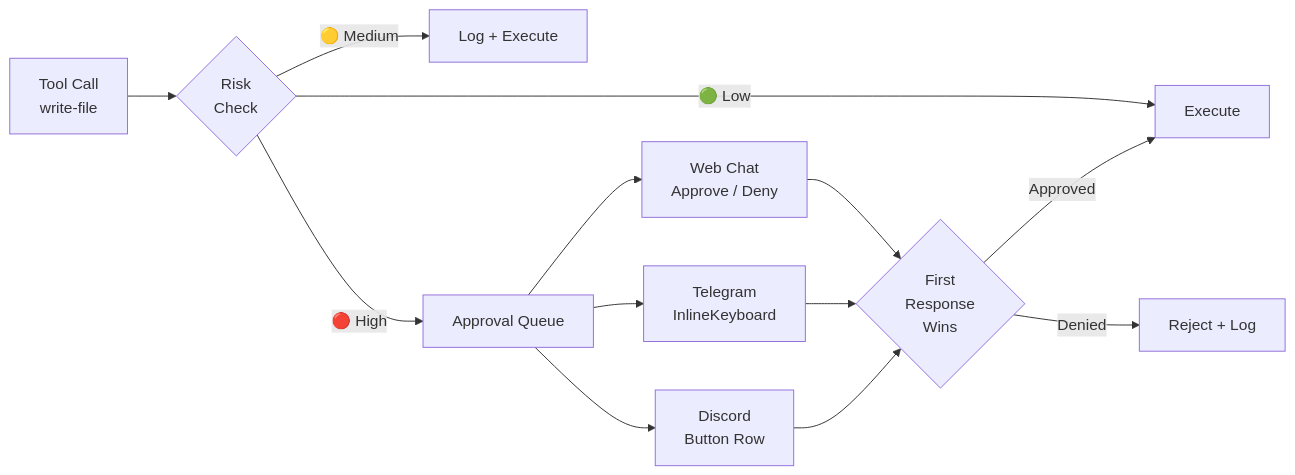
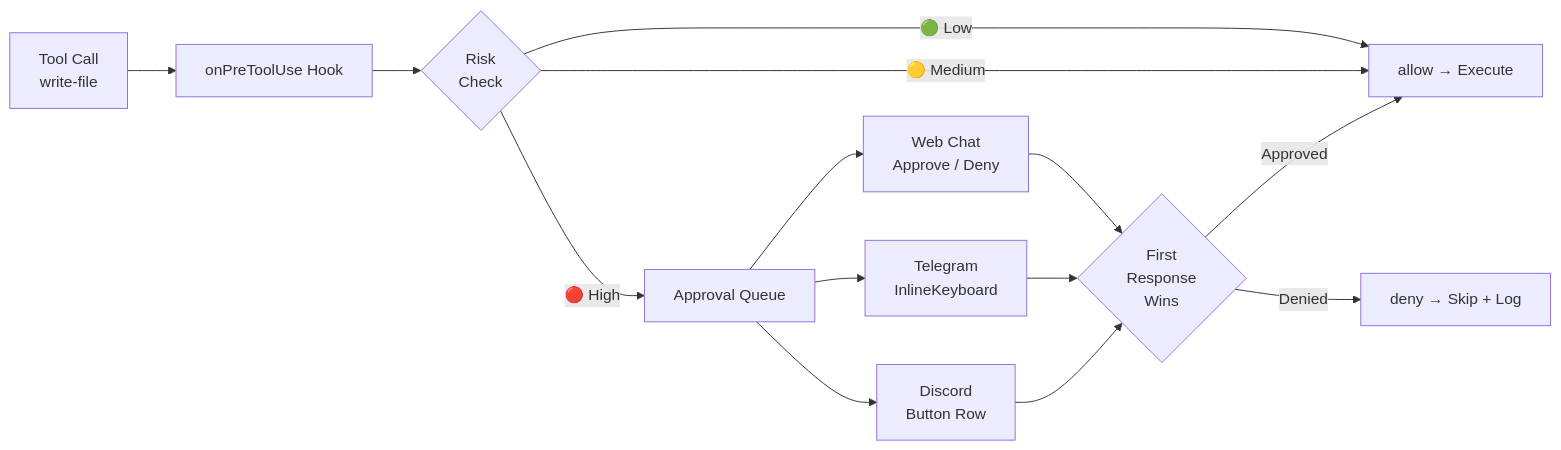
The fourth of 9 diagrams in docs/ARCHITECTURE.md (openzigs/openzigs), drawn with Mermaid before and after one commit. The commit also changed other lines of this file and 13 other files, not shown here.

````diff
--- a/docs/ARCHITECTURE.md
+++ b/docs/ARCHITECTURE.md
@@ -534,18 +573,19 @@
 ```mermaid
 flowchart LR
-    TC[Tool Call<br/>write-file] --> RC{Risk<br/>Check}
-    RC -->|🟢 Low| EXEC[Execute]
-    RC -->|🟡 Medium| LOG[Log + Execute]
+    TC[Tool Call<br/>write-file] --> HOOK[onPreToolUse Hook]
+    HOOK --> RC{Risk<br/>Check}
+    RC -->|🟢 Low| ALLOW[allow → Execute]
+    RC -->|🟡 Medium| ALLOW
     RC -->|🔴 High| AQ[Approval Queue]
 
     AQ --> WEB[Web Chat<br/>Approve / Deny]
     AQ --> TG2[Telegram<br/>InlineKeyboard]
     AQ --> DC2[Discord<br/>Button Row]
 
     WEB --> FRW{First<br/>Response<br/>Wins}
     TG2 --> FRW
     DC2 --> FRW
 
-    FRW -->|Approved| EXEC
-    FRW -->|Denied| DENY[Reject + Log]
+    FRW -->|Approved| ALLOW
+    FRW -->|Denied| DENY[deny → Skip + Log]
 ```
````
